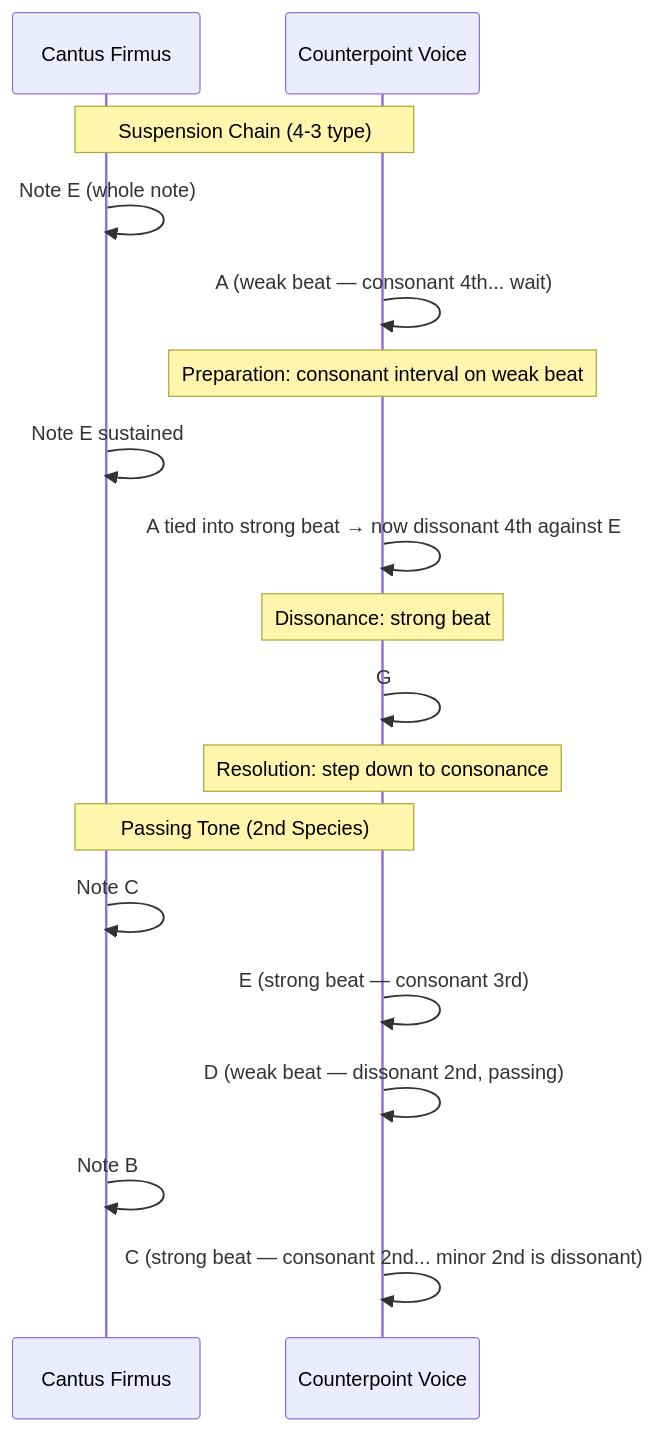
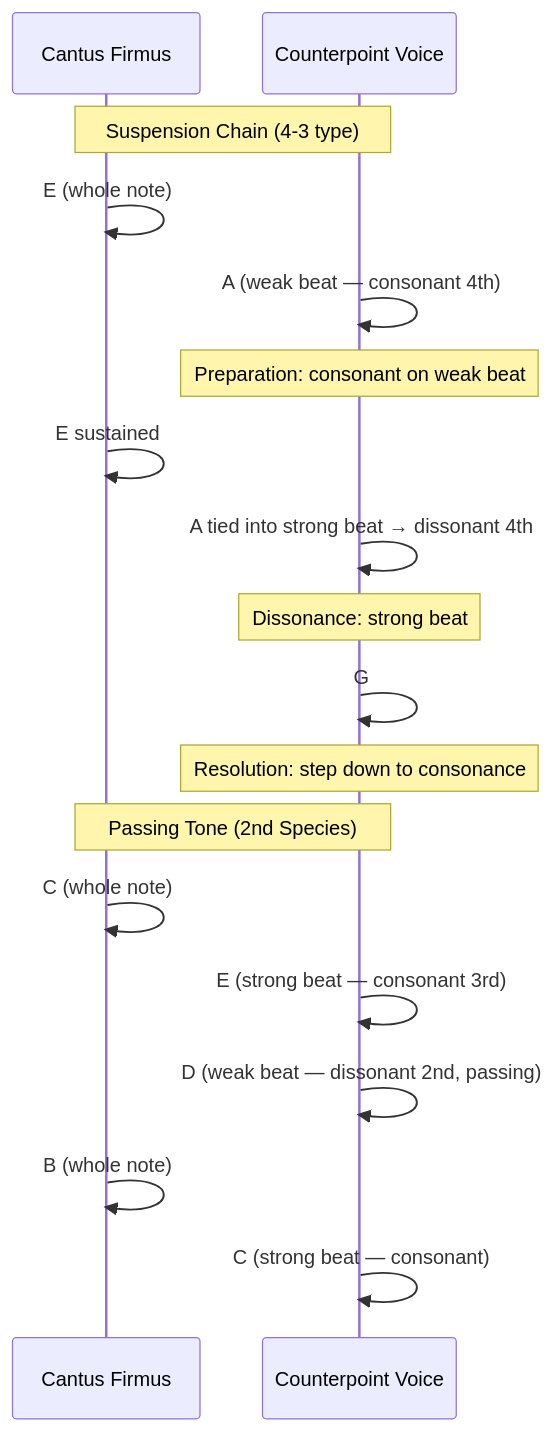
The fourth of 4 diagrams in topics/arts/composition/counterpoint/lesson_01_counterpoint_fundamentals.md (blebleblee/synapse), drawn with Mermaid before and after one commit. The commit also changed other lines of this file and 4 other files, not shown here.

````diff
--- a/topics/arts/composition/counterpoint/lesson_01_counterpoint_fundamentals.md
+++ b/topics/arts/composition/counterpoint/lesson_01_counterpoint_fundamentals.md
@@ -192,22 +223,22 @@
 ```mermaid
 sequenceDiagram
     participant CF as Cantus Firmus
     participant CP as Counterpoint Voice
 
     Note over CF,CP: Suspension Chain (4-3 type)
-    CF->>CF: Note E (whole note)
-    CP->>CP: A (weak beat — consonant 4th... wait)
-    Note over CP: Preparation: consonant interval on weak beat
-    CF->>CF: Note E sustained
-    CP->>CP: A tied into strong beat → now dissonant 4th against E
+    CF->>CF: E (whole note)
+    CP->>CP: A (weak beat — consonant 4th)
+    Note over CP: Preparation: consonant on weak beat
+    CF->>CF: E sustained
+    CP->>CP: A tied into strong beat → dissonant 4th
     Note over CP: Dissonance: strong beat
-    CP->>CP: G# resolves by step downward → consonant 3rd
+    CP->>CP: G# resolves by step down → consonant 3rd
     Note over CP: Resolution: step down to consonance
 
     Note over CF,CP: Passing Tone (2nd Species)
-    CF->>CF: Note C
+    CF->>CF: C (whole note)
     CP->>CP: E (strong beat — consonant 3rd)
     CP->>CP: D (weak beat — dissonant 2nd, passing)
-    CF->>CF: Note B
-    CP->>CP: C (strong beat — consonant 2nd... minor 2nd is dissonant)
+    CF->>CF: B (whole note)
+    CP->>CP: C (strong beat — consonant)
 ```
````
